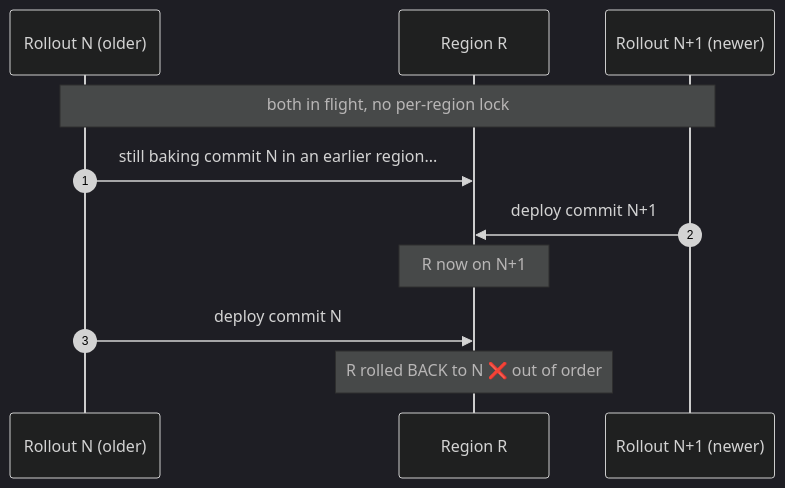
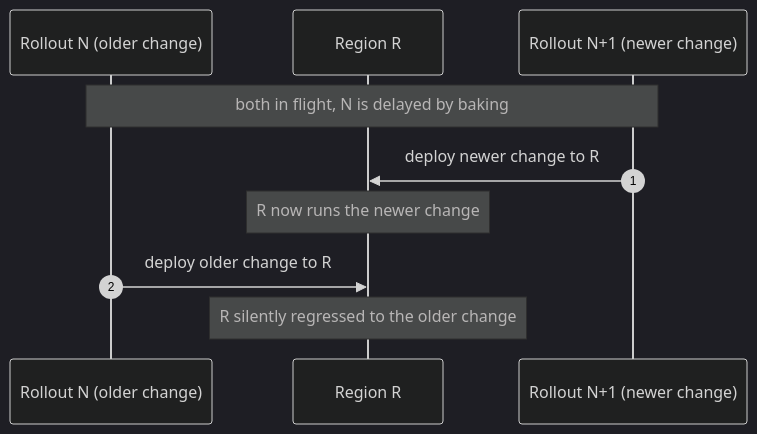
Before and after one commit to Azure/ARO-HCP: the first of 7 diagrams in docs/ev2-region-lock.md, drawn with Mermaid (dark theme). The commit also changed other lines of this file and 1 other file, not shown here.

First line of the commit message:
docs(ev2): reframe region-lock design around incremental rollouts (AROSLSRE-1567)

````diff
--- a/docs/ev2-region-lock.md
+++ b/docs/ev2-region-lock.md
@@ -38,13 +61,12 @@
 ```mermaid
 sequenceDiagram
     autonumber
-    participant N as Rollout N (older)
+    participant N as Rollout N (older change)
     participant R as Region R
-    participant N1 as Rollout N+1 (newer)
-    Note over N,N1: both in flight, no per-region lock
-    N->>R: still baking commit N in an earlier region...
-    N1->>R: deploy commit N+1
-    Note over R: R now on N+1
-    N->>R: deploy commit N
-    Note over R: R rolled BACK to N ❌ out of order
+    participant M as Rollout N+1 (newer change)
+    Note over N,M: both in flight, N is delayed by baking
+    M->>R: deploy newer change to R
+    Note over R: R now runs the newer change
+    N->>R: deploy older change to R
+    Note over R: R silently regressed to the older change
 ```
````
